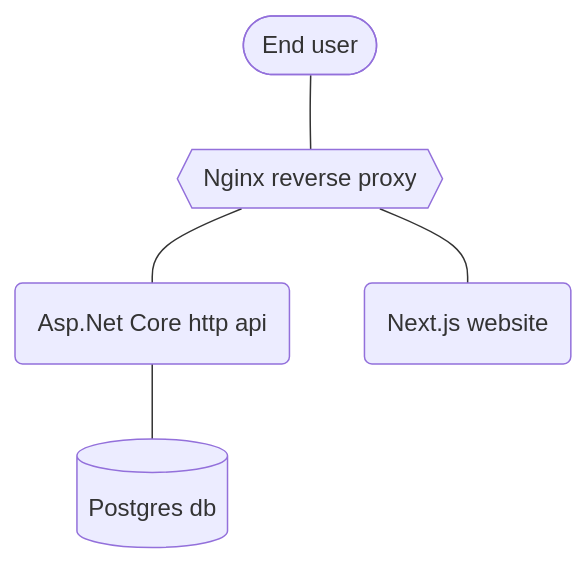
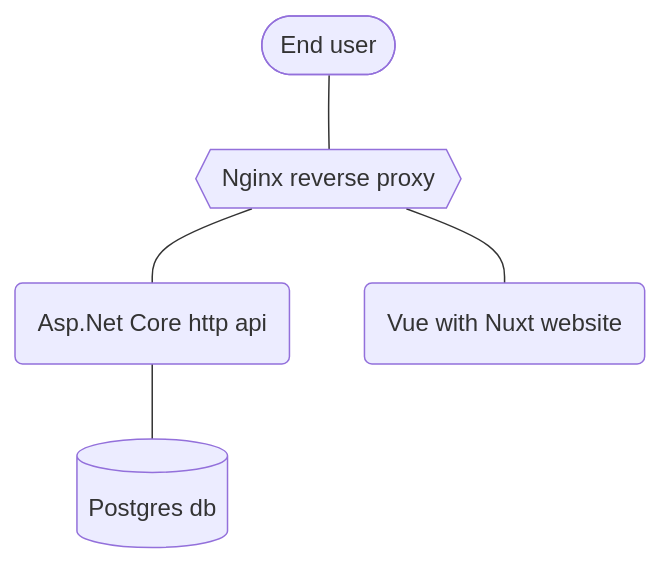
The first of 2 diagrams in README.md (kacperwyczawski/sigma-cars), drawn with Mermaid before and after one commit. The commit also changed other lines of this file, not shown here.

````diff
--- a/README.md
+++ b/README.md
@@ -53,7 +53,7 @@
 ```mermaid
 flowchart TD
     user([End user]) --- nginx{{Nginx reverse proxy}}
     nginx --- backend(Asp.Net Core http api)
     backend --- database[(Postgres db)]
-    nginx --- frontend(Next.js website)
+    nginx --- frontend(Vue with Nuxt website)
 ```
````
